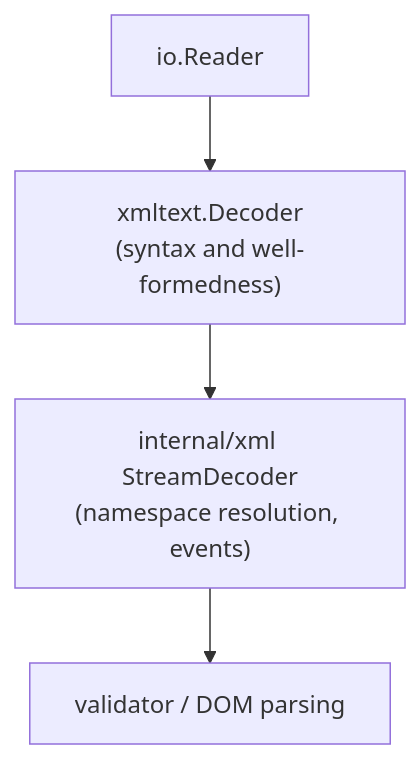
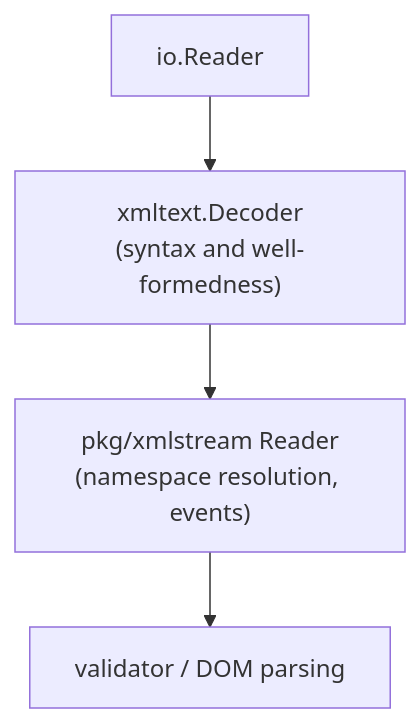
Before and after one commit to jacoelho/xsd: the diagram in docs/xmltext-architecture.md, drawn with Mermaid. The commit also changed 15 other files, not shown here.

First line of the commit message:
refactor(xml): replace internal stream decoder with xmlstream

````diff
--- a/docs/xmltext-architecture.md
+++ b/docs/xmltext-architecture.md
@@ -9,4 +9,4 @@
 ```mermaid
 flowchart TD
-  Reader["io.Reader"] --> Decoder["xmltext.Decoder<br/>(syntax and well-formedness)"] --> Stream["internal/xml StreamDecoder<br/>(namespace resolution, events)"] --> Higher["validator / DOM parsing"]
+  Reader["io.Reader"] --> Decoder["xmltext.Decoder<br/>(syntax and well-formedness)"] --> Stream["pkg/xmlstream Reader<br/>(namespace resolution, events)"] --> Higher["validator / DOM parsing"]
 ```
````
